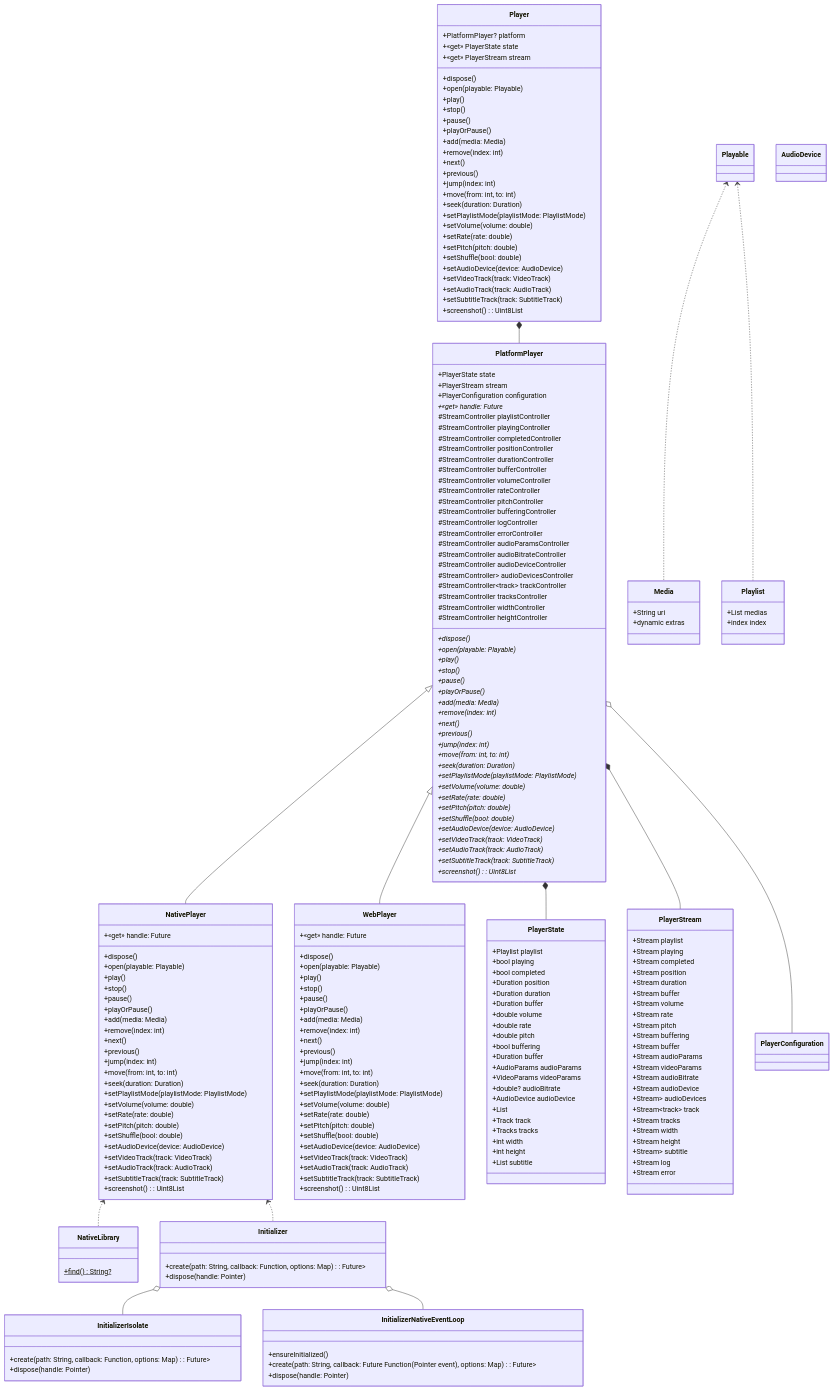
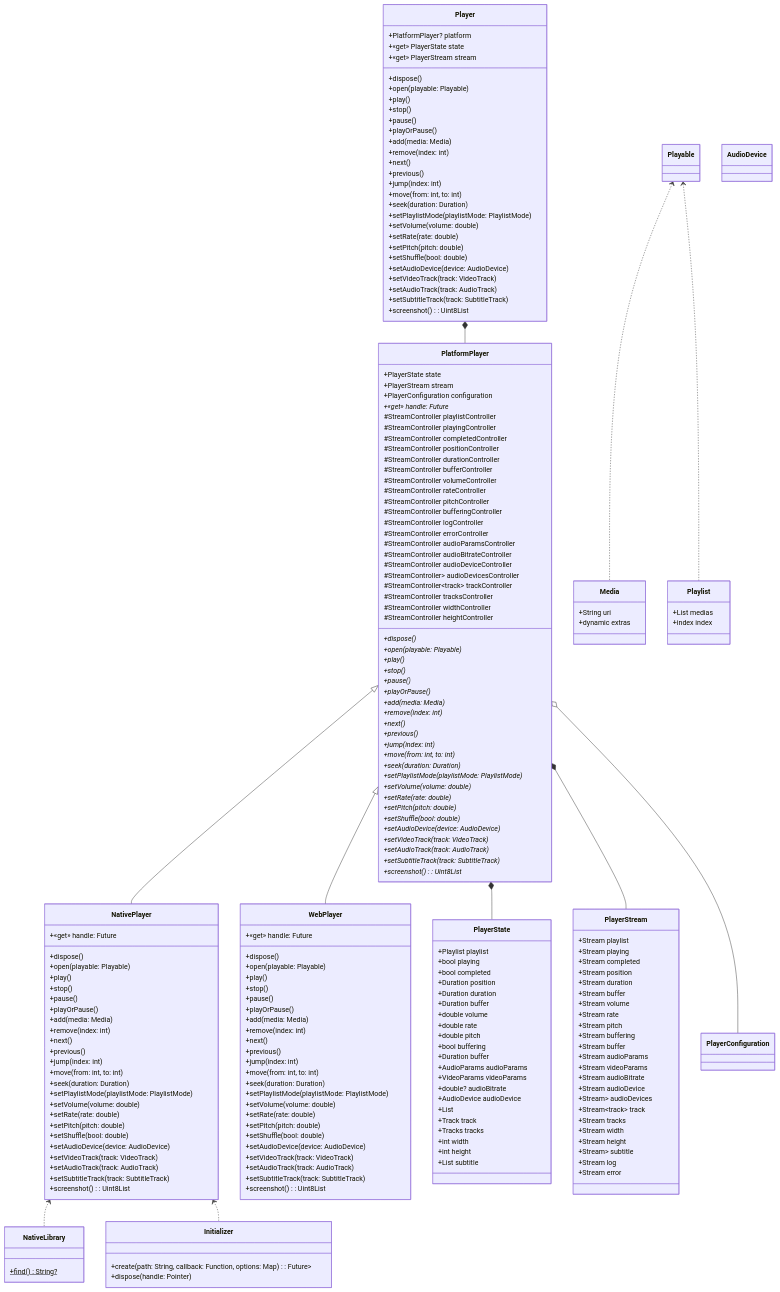
The first of 4 diagrams in README.md (coolight7/media-kit), drawn with Mermaid before and after one commit. The commit also changed other lines of this file, not shown here.

Commit message:
docs: update UML diagrams

```diff
--- a/README.md
+++ b/README.md
@@ -1712,25 +1712,12 @@
 
   NativePlayer <.. NativeLibrary
   NativePlayer <.. Initializer
-  Initializer o-- InitializerIsolate
-  Initializer o-- InitializerNativeEventLoop
 
   Playable <.. Media
   Playable <.. Playlist
 
   class Initializer {
     +create(path: String, callback: Function, options: Map<String, String>): Future<Pointer<mpv_handle>>
-    +dispose(handle: Pointer<mpv_handle>)
-  }
-
-  class InitializerIsolate {
-    +create(path: String, callback: Function, options: Map<String, String>): Future<Pointer<mpv_handle>>
-    +dispose(handle: Pointer<mpv_handle>)
-  }
-
-  class InitializerNativeEventLoop {
-    +ensureInitialized()
-    +create(path: String, callback: Future<void> Function(Pointer<mpv_event> event), options: Map<String, String>): Future<Pointer<mpv_handle>>
     +dispose(handle: Pointer<mpv_handle>)
   }
 
```
